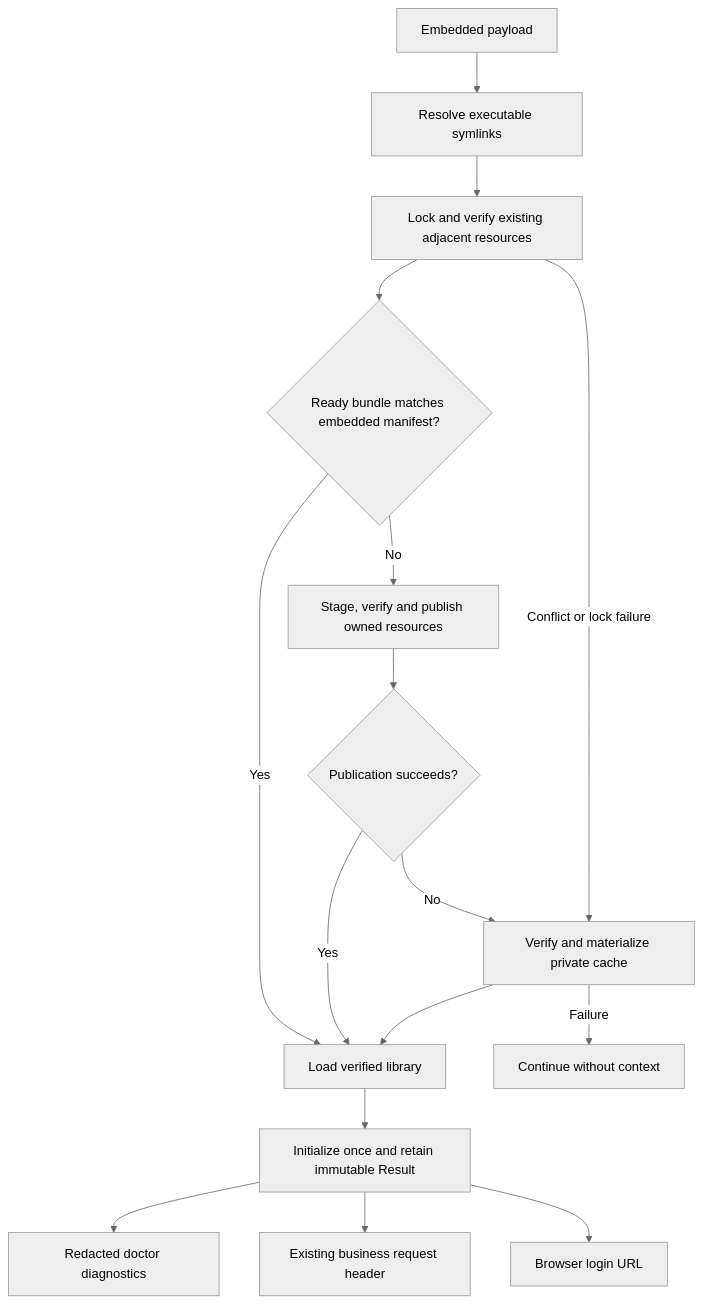
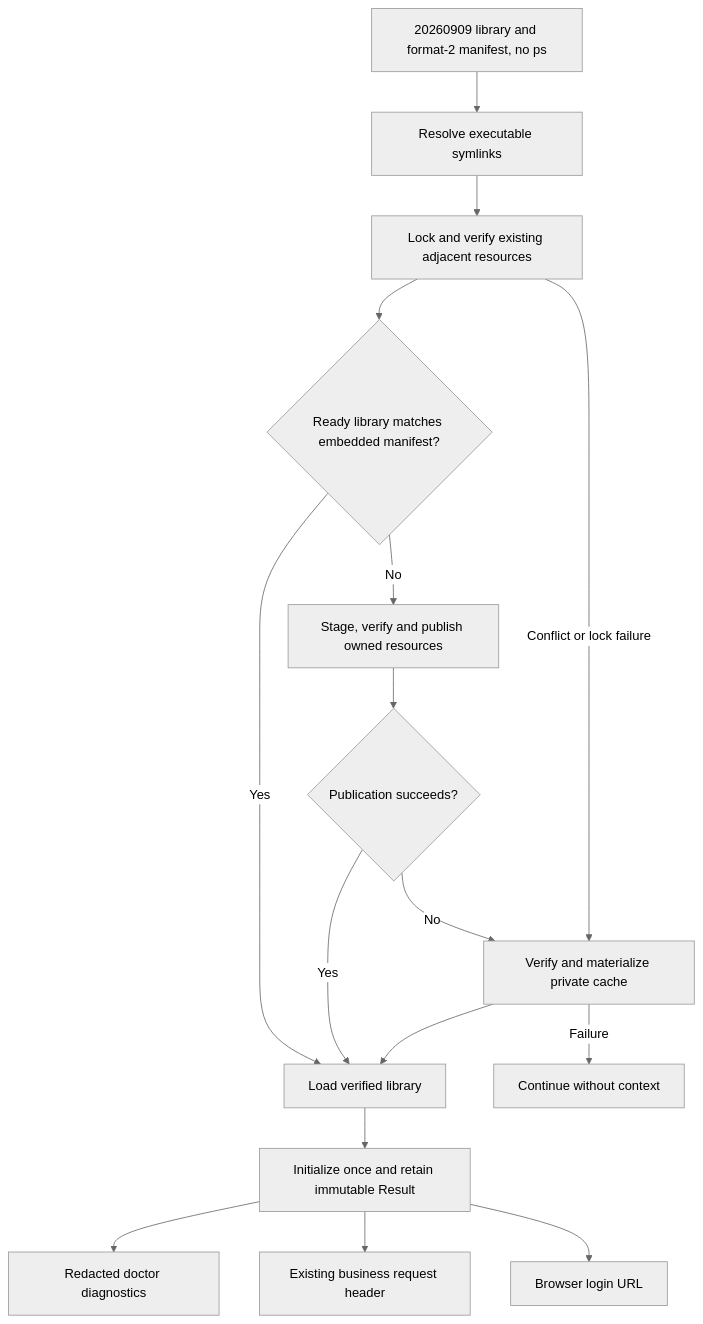
The diagram in docs/runtime-context.md (DingTalk-Real-AI/dingtalk-workspace-cli), drawn with Mermaid (neutral theme) before and after one commit. The commit also changed other lines of this file and 157 other files, not shown here.

````diff
--- a/docs/runtime-context.md
+++ b/docs/runtime-context.md
@@ -48,18 +54,18 @@
 ```mermaid
 flowchart TD
-    A[Embedded payload] --> B[Resolve executable symlinks]
+    A[20260909 library and format-2 manifest, no ps] --> B[Resolve executable symlinks]
     B --> C[Lock and verify existing adjacent resources]
-    C --> L{Ready bundle matches embedded manifest?}
+    C --> L{Ready library matches embedded manifest?}
     L -- Yes --> F[Load verified library]
     L -- No --> M[Stage, verify and publish owned resources]
     M --> D{Publication succeeds?}
     C -- Conflict or lock failure --> E[Verify and materialize private cache]
     D -- Yes --> F
     D -- No --> E[Verify and materialize private cache]
     E --> F
     E -- Failure --> G[Continue without context]
     F --> H[Initialize once and retain immutable Result]
     H --> I[Redacted doctor diagnostics]
     H --> J[Existing business request header]
     H --> K[Browser login URL]
 ```
````
